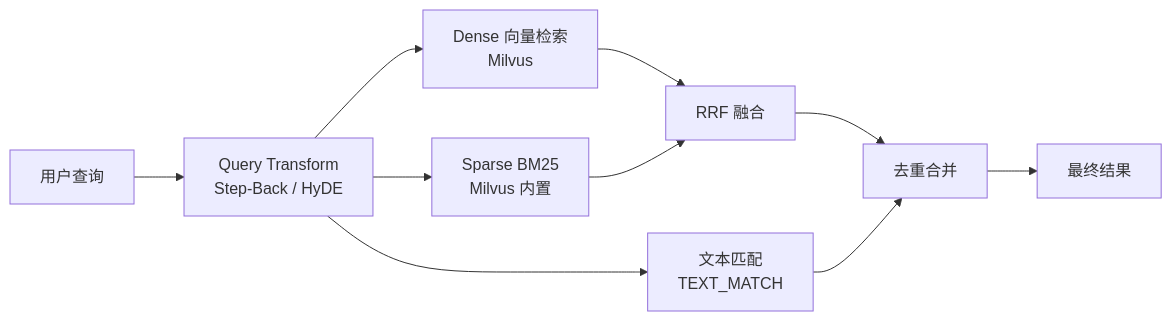
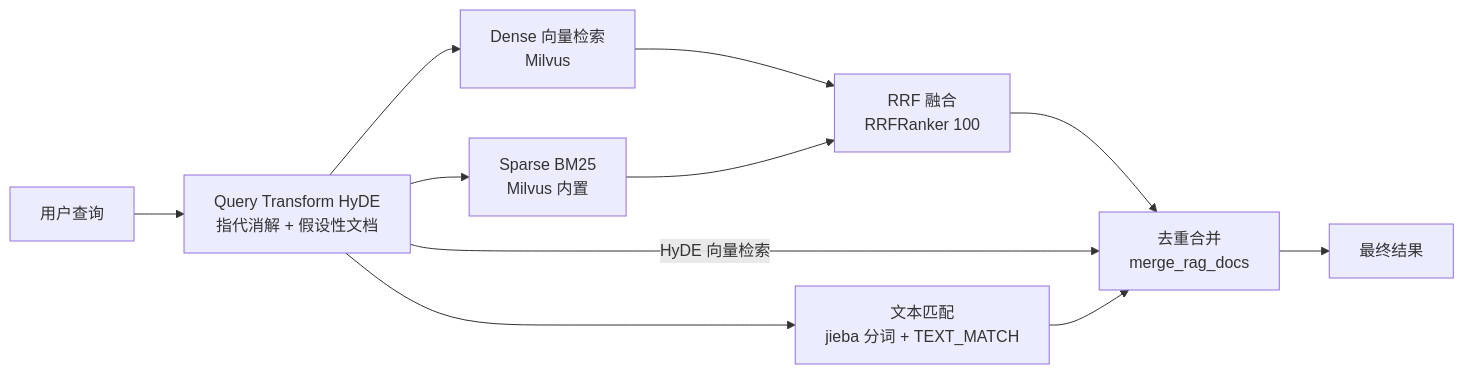
The diagram in README.md (Showool/buddy-ai), drawn with Mermaid before and after one commit. The commit also changed other lines of this file and 32 other files, not shown here.

````diff
--- a/README.md
+++ b/README.md
@@ -91,12 +94,13 @@
 ```mermaid
 graph LR
-    Query[用户查询] --> QT[Query Transform<br/>Step-Back / HyDE]
-    QT --> Dense[Dense 向量检索<br/>Milvus]
-    QT --> Sparse[Sparse BM25<br/>Milvus 内置]
-    QT --> TM[文本匹配<br/>TEXT_MATCH]
-    Dense --> RRF[RRF 融合]
+    Query[用户查询] --> HyDE[Query Transform HyDE<br/>指代消解 + 假设性文档]
+    HyDE --> Dense[Dense 向量检索<br/>Milvus]
+    HyDE --> Sparse[Sparse BM25<br/>Milvus 内置]
+    HyDE --> TM[文本匹配<br/>jieba 分词 + TEXT_MATCH]
+    Dense --> RRF[RRF 融合<br/>RRFRanker 100]
     Sparse --> RRF
-    RRF --> Merge[去重合并]
+    RRF --> Merge[去重合并<br/>merge_rag_docs]
+    HyDE -->|HyDE 向量检索| Merge
     TM --> Merge
     Merge --> Result[最终结果]
 ```
````
